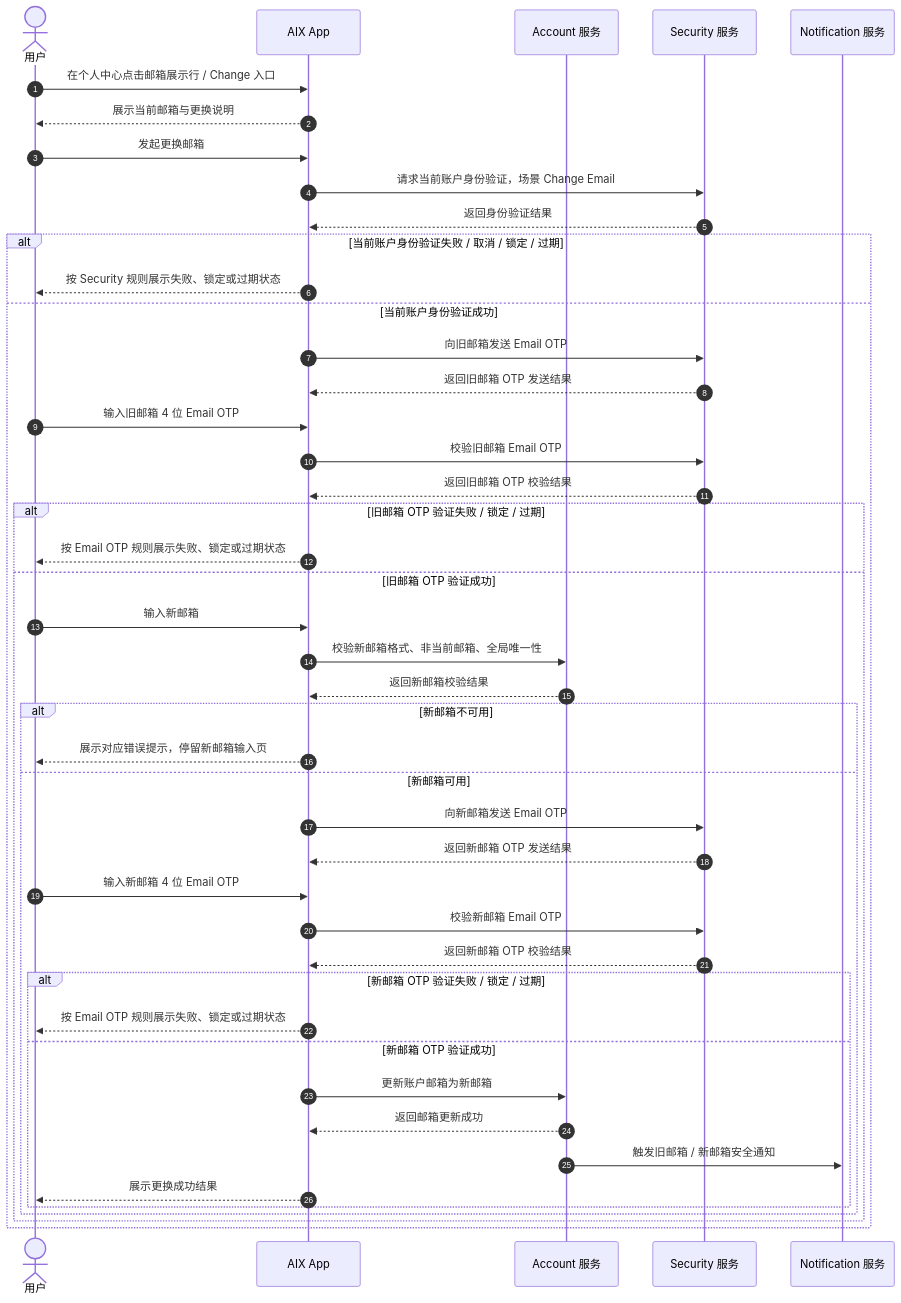
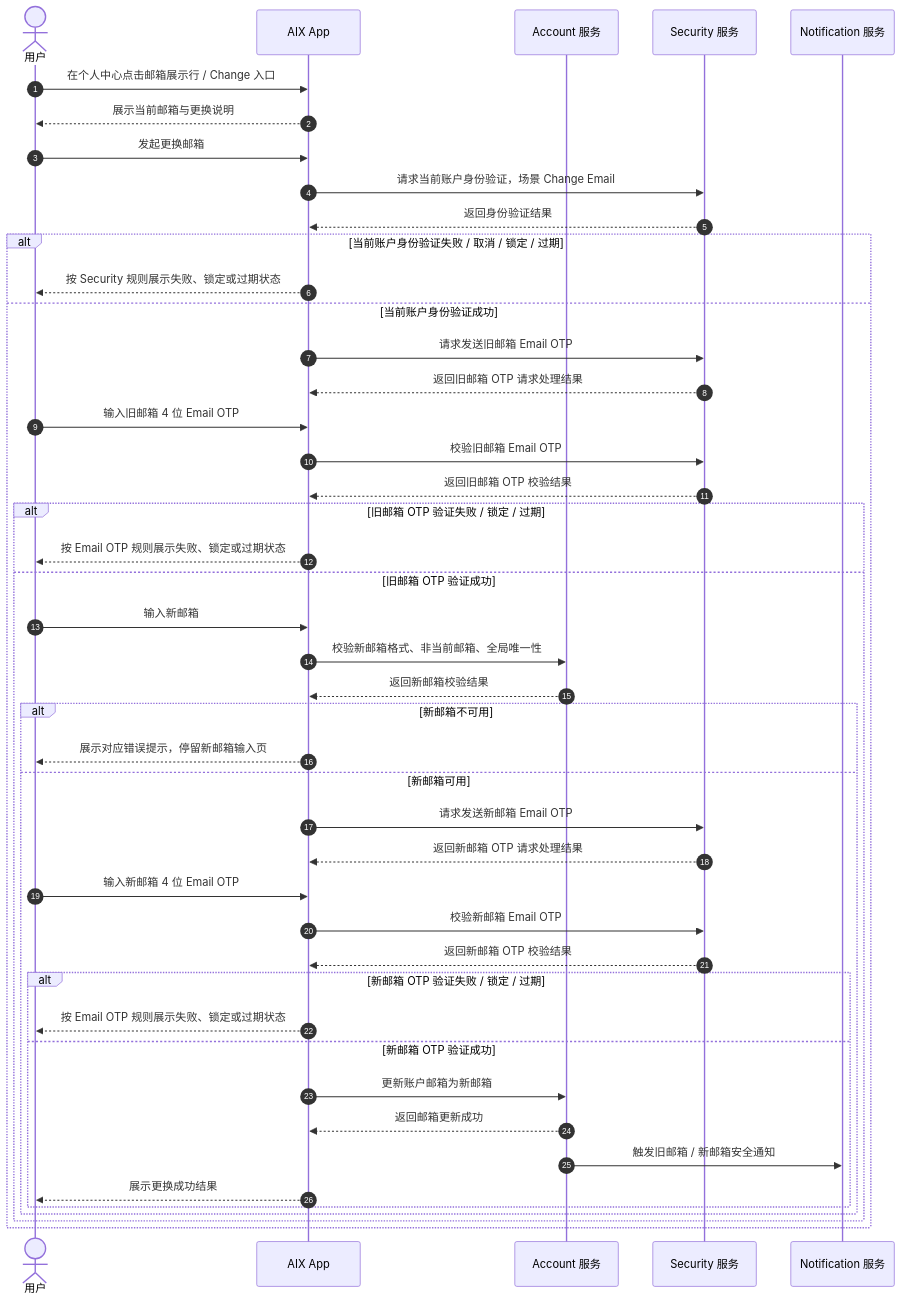
Before and after one commit to kelvin381539960-cyber/prd-for-ai: the first of 2 diagrams in requirements/2026-05/account/change-email.md, drawn with Mermaid. The commit also changed other lines of this file, not shown here.

Commit message:
docs: clarify OTP send responsibility in change email PRD

````diff
--- a/requirements/2026-05/account/change-email.md
+++ b/requirements/2026-05/account/change-email.md
@@ -128,52 +128,52 @@
 ```mermaid
 sequenceDiagram
     autonumber
     actor User as 用户
     participant App as AIX App
     participant Account as Account 服务
     participant Security as Security 服务
     participant Notification as Notification 服务
 
     User->>App: 在个人中心点击邮箱展示行 / Change 入口
     App-->>User: 展示当前邮箱与更换说明
     User->>App: 发起更换邮箱
     App->>Security: 请求当前账户身份验证，场景 Change Email
     Security-->>App: 返回身份验证结果
 
     alt 当前账户身份验证失败 / 取消 / 锁定 / 过期
         App-->>User: 按 Security 规则展示失败、锁定或过期状态
     else 当前账户身份验证成功
-        App->>Security: 向旧邮箱发送 Email OTP
-        Security-->>App: 返回旧邮箱 OTP 发送结果
+        App->>Security: 请求发送旧邮箱 Email OTP
+        Security-->>App: 返回旧邮箱 OTP 请求处理结果
         User->>App: 输入旧邮箱 4 位 Email OTP
         App->>Security: 校验旧邮箱 Email OTP
         Security-->>App: 返回旧邮箱 OTP 校验结果
 
         alt 旧邮箱 OTP 验证失败 / 锁定 / 过期
             App-->>User: 按 Email OTP 规则展示失败、锁定或过期状态
         else 旧邮箱 OTP 验证成功
             User->>App: 输入新邮箱
             App->>Account: 校验新邮箱格式、非当前邮箱、全局唯一性
             Account-->>App: 返回新邮箱校验结果
 
             alt 新邮箱不可用
                 App-->>User: 展示对应错误提示，停留新邮箱输入页
             else 新邮箱可用
-                App->>Security: 向新邮箱发送 Email OTP
-                Security-->>App: 返回新邮箱 OTP 发送结果
+                App->>Security: 请求发送新邮箱 Email OTP
+                Security-->>App: 返回新邮箱 OTP 请求处理结果
                 User->>App: 输入新邮箱 4 位 Email OTP
                 App->>Security: 校验新邮箱 Email OTP
                 Security-->>App: 返回新邮箱 OTP 校验结果
 
                 alt 新邮箱 OTP 验证失败 / 锁定 / 过期
                     App-->>User: 按 Email OTP 规则展示失败、锁定或过期状态
                 else 新邮箱 OTP 验证成功
                     App->>Account: 更新账户邮箱为新邮箱
                     Account-->>App: 返回邮箱更新成功
                     Account->>Notification: 触发旧邮箱 / 新邮箱安全通知
                     App-->>User: 展示更换成功结果
                 end
             end
         end
     end
 ```
````
